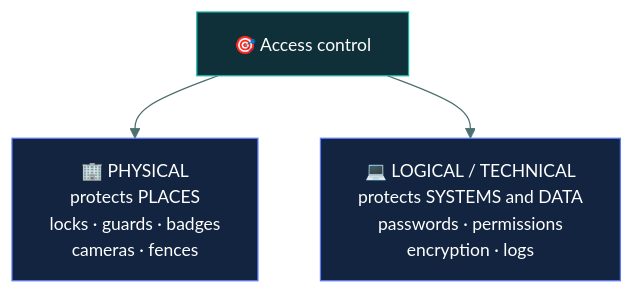
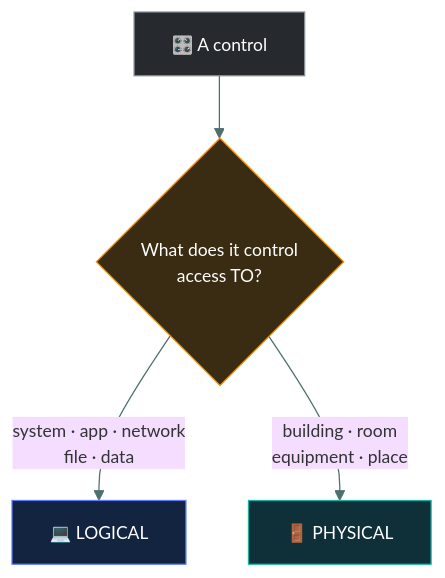
One commit to tarunTejaDesireddy/cc-exam-prep changed the first of 3 diagrams in 03-access-control/logical-access-controls/README.md. Above: the diagram before and after it, drawn with Mermaid. The commit also changed other lines of this file, not shown here.

Commit message:
Replace logical access controls with caveman-style version, diagrams and questions

````diff
--- a/03-access-control/logical-access-controls/README.md
+++ b/03-access-control/logical-access-controls/README.md
@@ -68,10 +9,12 @@
 ```mermaid
 %%{init: {'theme':'base','themeVariables':{'fontSize':'14px','lineColor':'#4d6f6e','textColor':'#dbe7e6'}}}%%
 flowchart TD
-    A["🎯 Access control"] --> P["🏢 PHYSICAL<br/>protects PLACES<br/>locks · guards · badges<br/>cameras · fences"]
-    A --> L["💻 LOGICAL / TECHNICAL<br/>protects SYSTEMS and DATA<br/>passwords · permissions<br/>encryption · logs"]
+    C["🎛️ A control"] --> Q{"What does it control<br/>access TO?"}
+    Q -->|"system · app · network<br/>file · data"| L["💻 LOGICAL"]
+    Q -->|"building · room<br/>equipment · place"| P["🚪 PHYSICAL"]
 
-    style A fill:#0f3038,stroke:#12B5A5,color:#fff
-    style P fill:#12243f,stroke:#5C7CFA,color:#fff
+    style C fill:#26292e,stroke:#868E96,color:#fff
+    style Q fill:#3a2c12,stroke:#F08C00,color:#fff
     style L fill:#12243f,stroke:#5C7CFA,color:#fff
+    style P fill:#0f3038,stroke:#12B5A5,color:#fff
 ```
````
